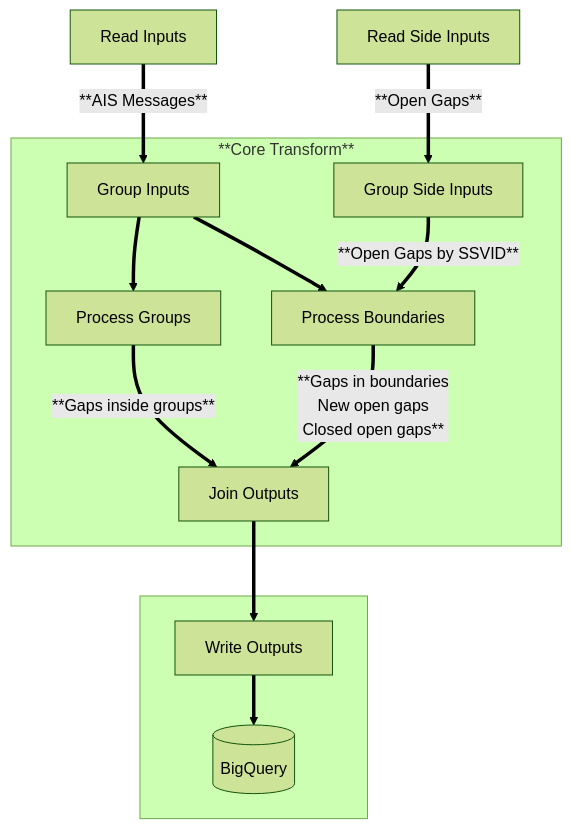
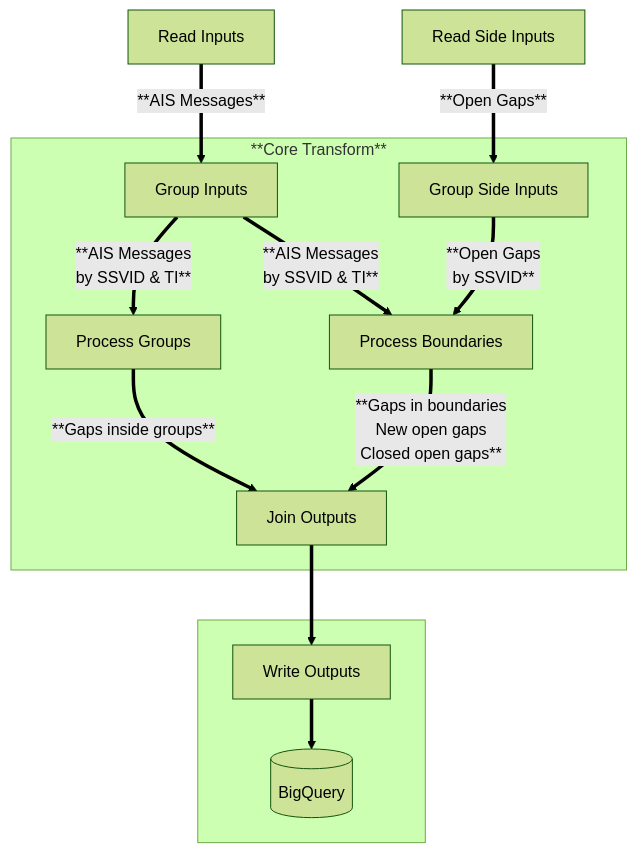
The diagram in README.md (GlobalFishingWatch/pipe-gaps), drawn with Mermaid (forest theme) before and after one commit. The commit also changed other lines of this file and 2 other files, not shown here.

````diff
--- a/README.md
+++ b/README.md
@@ -274,18 +289,18 @@
 ```mermaid
 flowchart TD;
     A[Read Inputs] ==> |**AIS Messages**| B[Group Inputs]
     C[Read Side Inputs] ==> |**Open Gaps**| D[Group Side Inputs]
 
     subgraph **Core Transform**
-    B ==> E[Process Groups]
-    B ==> F[Process Boundaries]
-    D ==> |**Open Gaps by SSVID**| F
+    B ==> |**AIS Messages <br/> by SSVID & TI**| E[Process Groups]
+    B ==> |**AIS Messages <br/> by SSVID & TI**| F[Process Boundaries]
+    D ==> |**Open Gaps  <br/> by SSVID**| F
     E ==> |**Gaps inside groups**| H[Join Outputs]
     F ==> |**Gaps in boundaries <br/> New open gaps <br/> Closed open gaps**| H
     end
 
     subgraph .
     H ==> K[Write Outputs]
     K ==> L[(BigQuery)]
     end
 ```
````
